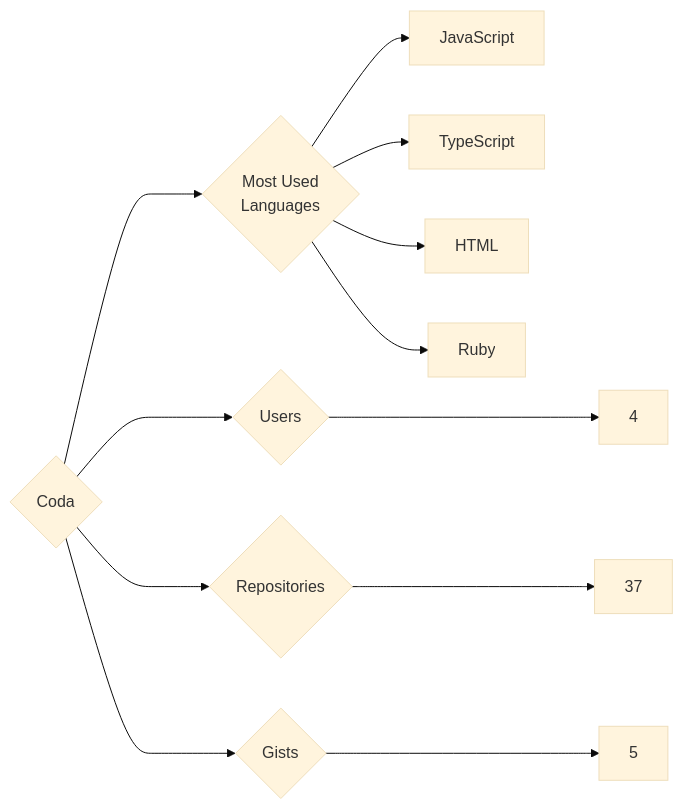
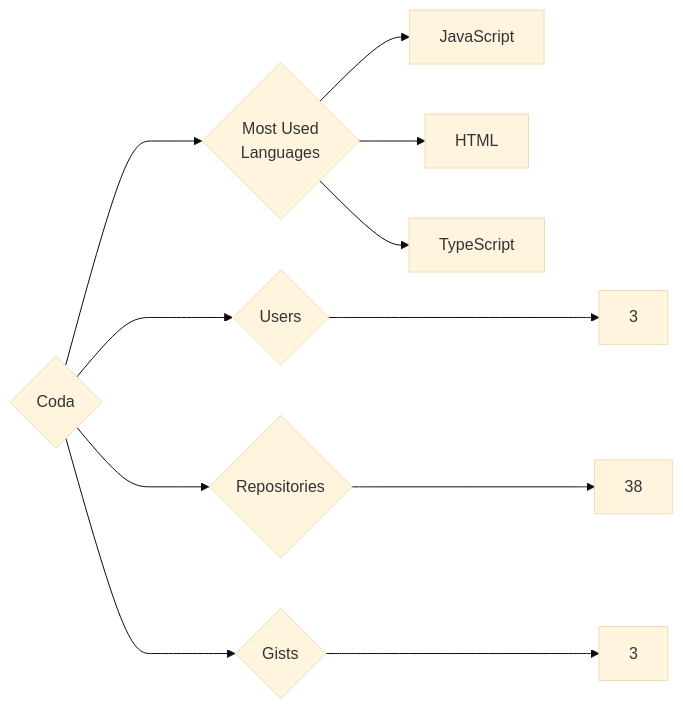
The diagram in targets/Coda/README.md (trickest/insiders), drawn with Mermaid (base theme) before and after one commit. The commit also changed 1084 other files, not shown here.

````diff
--- a/targets/Coda/README.md
+++ b/targets/Coda/README.md
@@ -3,12 +3,11 @@
 ```mermaid
 graph LR
 COMPANY_NAME{Coda}
-COMPANY_NAME ---> U{Users} ---> UN[4]
-COMPANY_NAME ---> R{Repositories} ---> RN[37]
-COMPANY_NAME ---> G{Gists} ---> GN[5]
+COMPANY_NAME ---> U{Users} ---> UN[3]
+COMPANY_NAME ---> R{Repositories} ---> RN[38]
+COMPANY_NAME ---> G{Gists} ---> GN[3]
 COMPANY_NAME ---> ML{Most Used<br>Languages}
 ML --> JavaScript[JavaScript]
+ML --> HTML[HTML]
 ML --> TypeScript[TypeScript]
-ML --> HTML[HTML]
-ML --> Ruby[Ruby]
 ```
````
